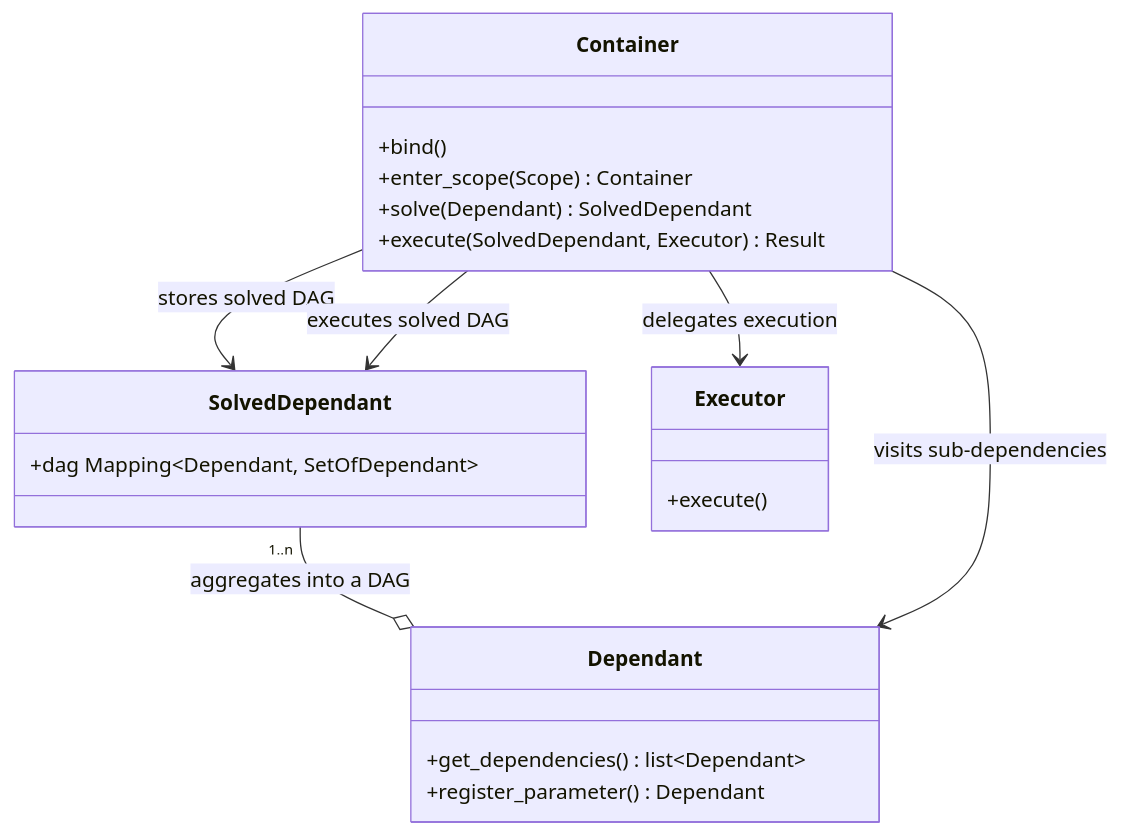
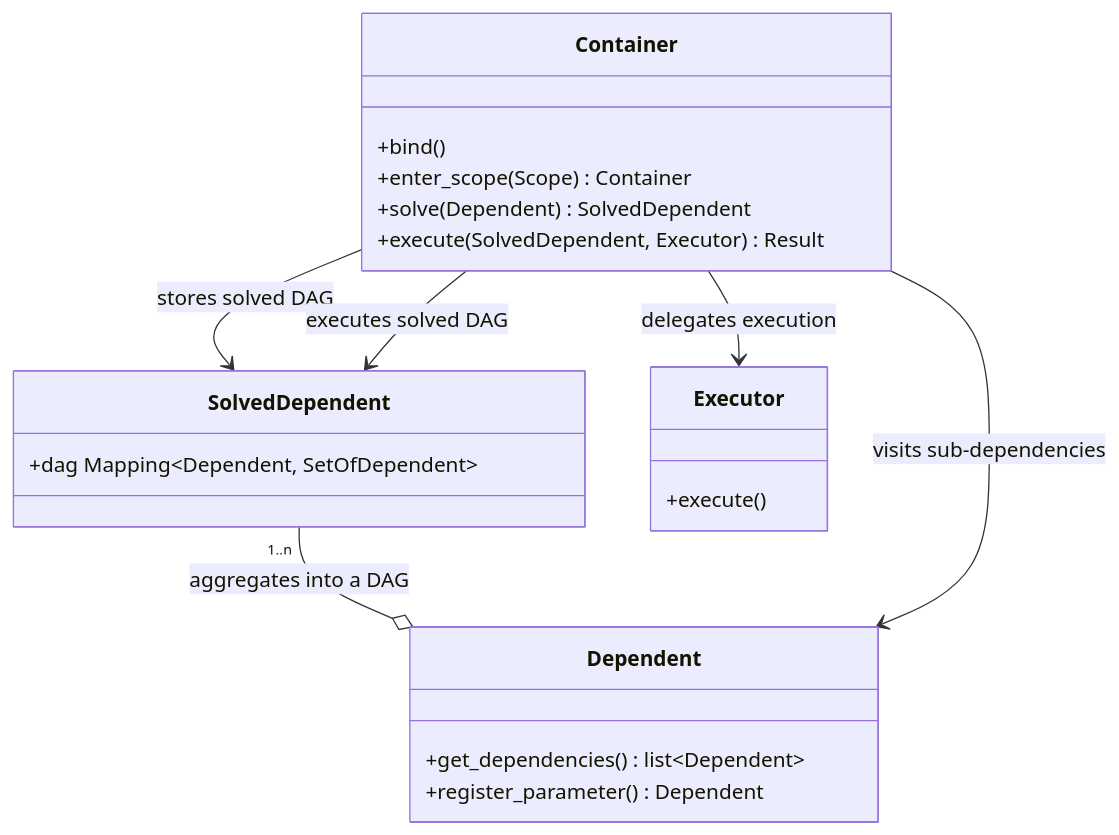
The diagram in docs/architecture.md (adriangb/di), drawn with Mermaid before and after one commit. The commit also changed other lines of this file and 63 other files, not shown here.

First line of the commit message:
Rename Dependant to Dependent (#90)

````diff
--- a/docs/architecture.md
+++ b/docs/architecture.md
@@ -26,24 +26,24 @@
 ``` mermaid
 classDiagram
-    SolvedDependant "1..n" --o Dependant: aggregates into a DAG
-    Container --> Dependant: visits sub-dependencies
+    SolvedDependent "1..n" --o Dependent: aggregates into a DAG
+    Container --> Dependent: visits sub-dependencies
     Container --> Executor: delegates execution
-    Container --> SolvedDependant: stores solved DAG
-    Container --> SolvedDependant: executes solved DAG
-    class Dependant{
-      +get_dependencies() list~Dependant~
-      +register_parameter() Dependant
+    Container --> SolvedDependent: stores solved DAG
+    Container --> SolvedDependent: executes solved DAG
+    class Dependent{
+      +get_dependencies() list~Dependent~
+      +register_parameter() Dependent
     }
-    class SolvedDependant{
-      +dag Mapping~Dependant, SetOfDependant~
+    class SolvedDependent{
+      +dag Mapping~Dependent, SetOfDependent~
     }
     class Executor{
       +execute()
     }
     class Container{
       +bind()
       +enter_scope(Scope) Container
-      +solve(Dependant) SolvedDependant
-      +execute(SolvedDependant, Executor) Result
+      +solve(Dependent) SolvedDependent
+      +execute(SolvedDependent, Executor) Result
     }
 ```
````
